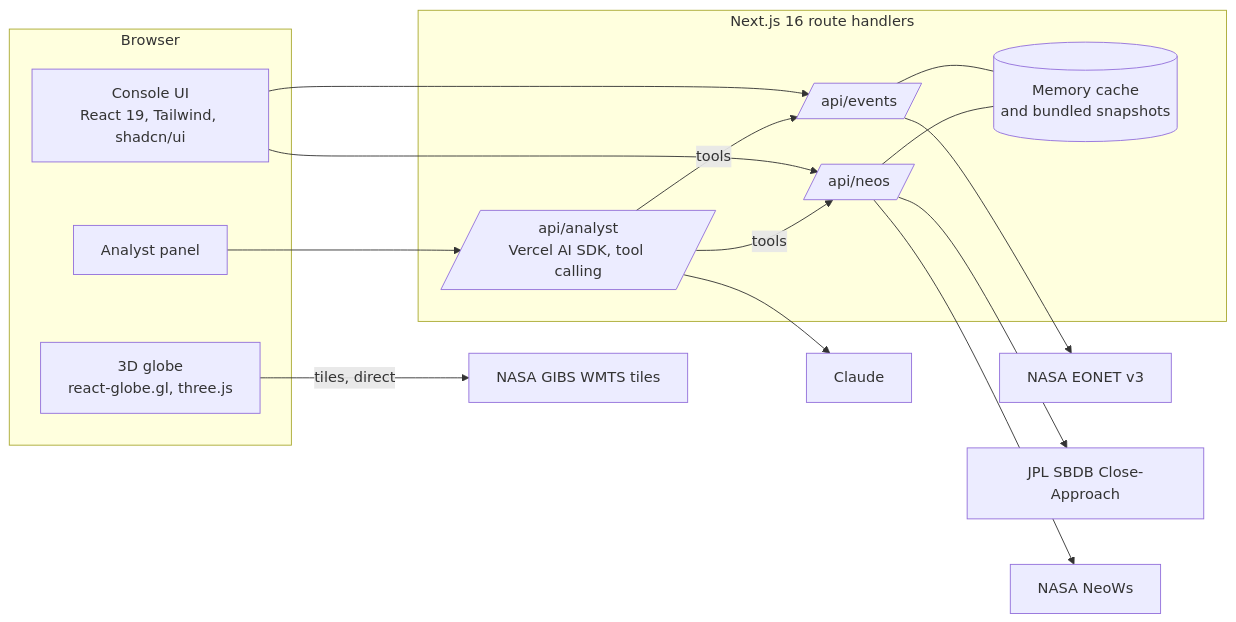
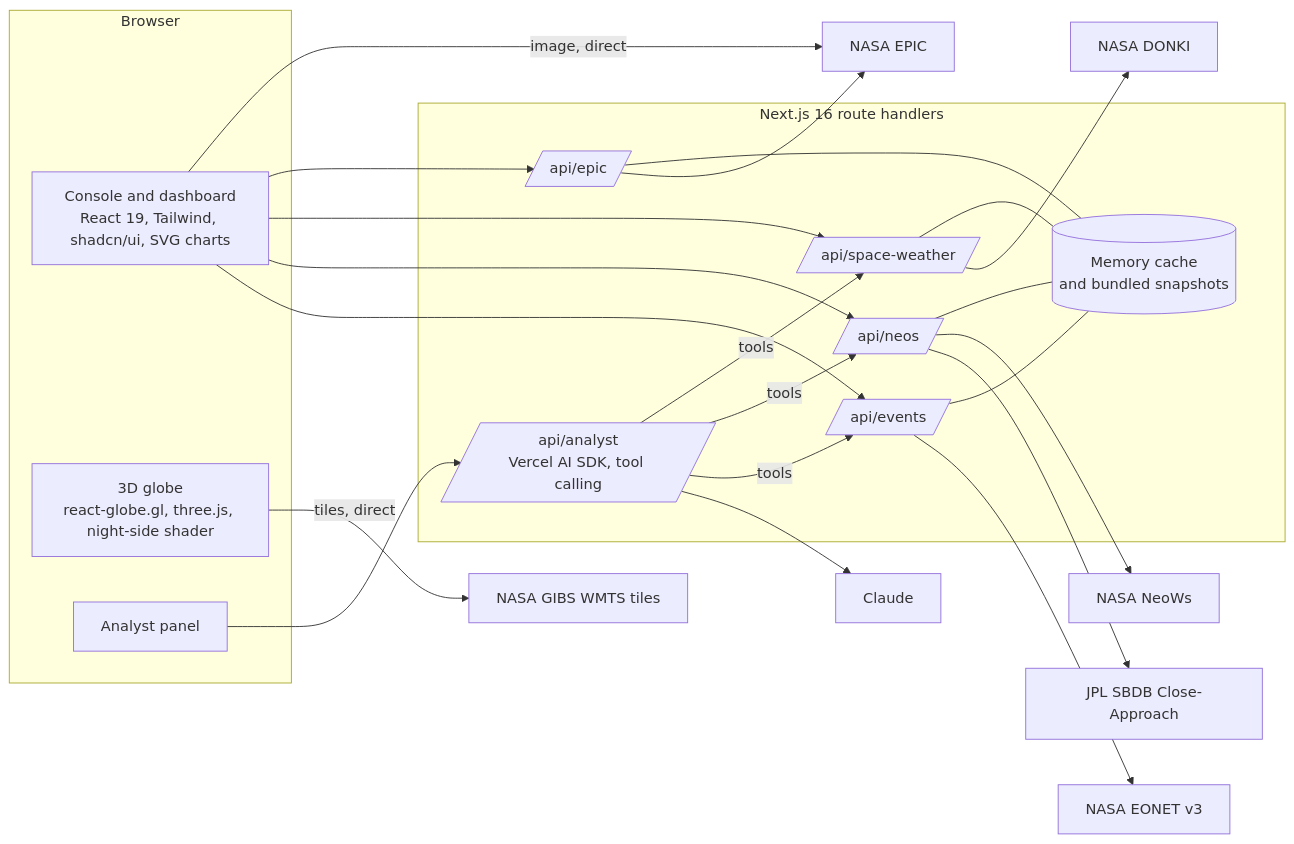
One commit to David-Costache/sentinel-earth changed the diagram in README.md. Above: the diagram before and after it, drawn with Mermaid. The commit also changed other lines of this file and 29 other files, not shown here.

Commit message:
Extend browser check to dashboard, space weather, EPIC, search and export; update README and screenshots

````diff
--- a/README.md
+++ b/README.md
@@ -31,29 +37,34 @@
 ```mermaid
 flowchart LR
   subgraph Browser
-    UI[Console UI<br/>React 19, Tailwind, shadcn/ui]
-    Globe[3D globe<br/>react-globe.gl, three.js]
+    UI[Console and dashboard<br/>React 19, Tailwind, shadcn/ui, SVG charts]
+    Globe[3D globe<br/>react-globe.gl, three.js, night-side shader]
     Chat[Analyst panel]
   end
   subgraph Server[Next.js 16 route handlers]
     EV[/api/events/]
     NEO[/api/neos/]
+    SW[/api/space-weather/]
+    EP[/api/epic/]
     AN[/api/analyst<br/>Vercel AI SDK, tool calling/]
     Cache[(Memory cache<br/>and bundled snapshots)]
   end
   EONET[NASA EONET v3]
   CAD[JPL SBDB Close-Approach]
   NeoWs[NASA NeoWs]
+  DONKI[NASA DONKI]
+  EPIC[NASA EPIC]
   GIBS[NASA GIBS WMTS tiles]
   Claude[Claude]
 
   UI --> EV --> EONET
   UI --> NEO --> CAD
   NEO --> NeoWs
-  EV --- Cache
-  NEO --- Cache
+  UI --> SW --> DONKI
+  UI --> EP --> EPIC
+  EV & NEO & SW & EP --- Cache
   Globe -->|tiles, direct| GIBS
+  UI -->|image, direct| EPIC
   Chat --> AN --> Claude
-  AN -->|tools| EV
-  AN -->|tools| NEO
+  AN -->|tools| EV & NEO & SW
 ```
````
